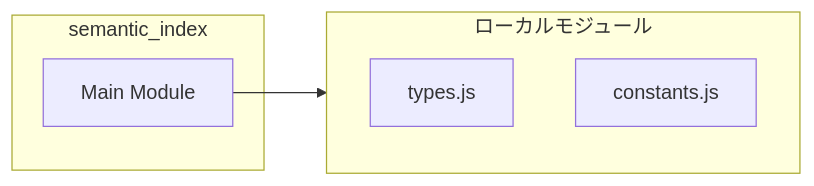
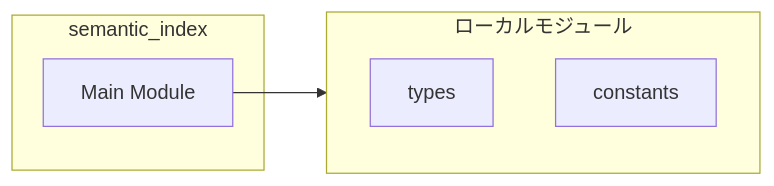
Before and after one commit to Mekann2904/mekann: the second of 3 diagrams in ABDD/.pi/extensions/search/tools/semantic_index.md, drawn with Mermaid. The commit also changed other lines of this file and 174 other files, not shown here.

First line of the commit message:
fix(docs): ABDDのMermaid図生成エラーを修正する

````diff
--- a/ABDD/.pi/extensions/search/tools/semantic_index.md
+++ b/ABDD/.pi/extensions/search/tools/semantic_index.md
@@ -50,11 +50,11 @@
 ```mermaid
 flowchart LR
   subgraph this[semantic_index]
     main[Main Module]
   end
   subgraph local[ローカルモジュール]
-    types_js["types.js"]
-    constants_js["constants.js"]
+    types["types"]
+    constants["constants"]
   end
   main --> local
 ```
````
